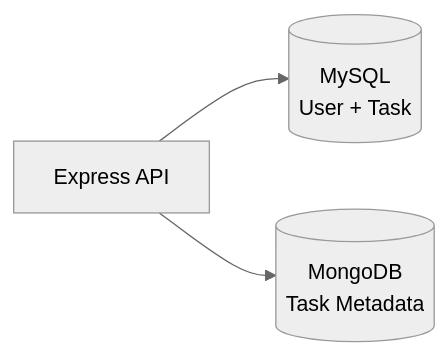
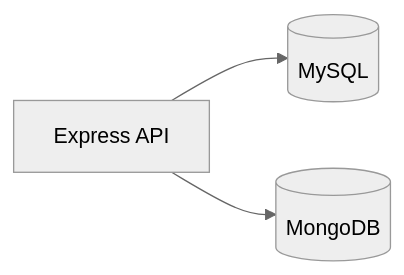
One commit to mattspider/desafio-essentia-tecnologies- changed the second of 2 diagrams in README.md. Above: the diagram before and after it, drawn with Mermaid (neutral theme). The commit also changed other lines of this file and 6 other files, not shown here.

````diff
--- a/README.md
+++ b/README.md
@@ -280,5 +288,5 @@
 ```mermaid
 flowchart LR
-    API[Express API] --> MySQL[(MySQL\nUser + Task)]
-    API --> Mongo[(MongoDB\nTask Metadata)]
+    API[Express API] --> MySQL[(MySQL)]
+    API --> Mongo[(MongoDB)]
 ```
````
